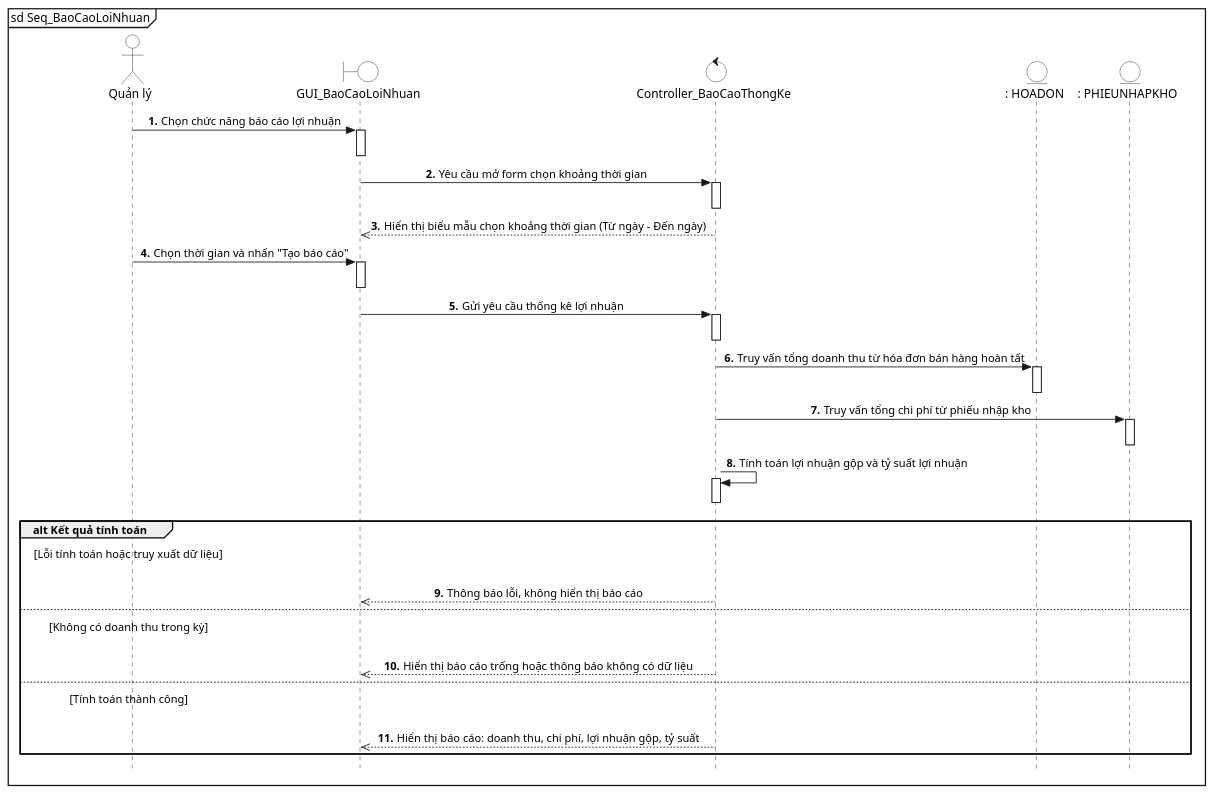
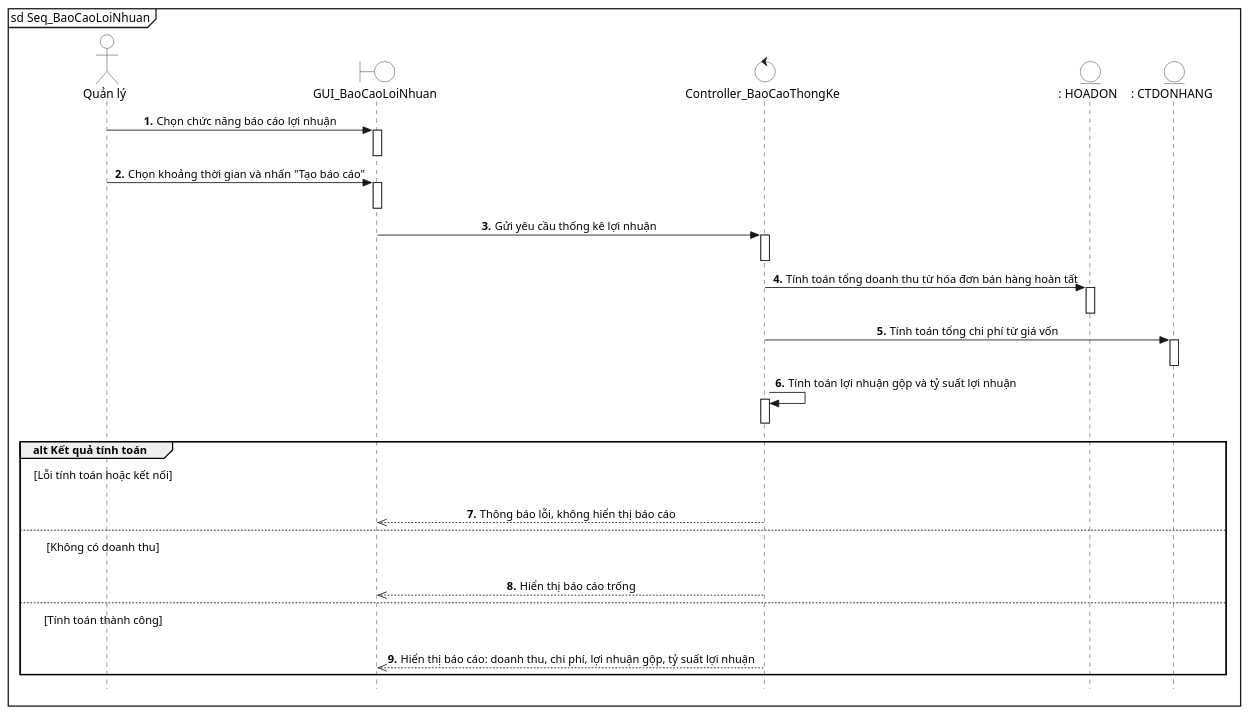
Before and after one commit to lancelotviendangkhoa710/IS-System-Development: the diagram in diagram/sq_Khang/50_BaoCaoLoiNhuan.puml, drawn with PlantUML. The commit also changed 4 other files, not shown here.

Commit message:
update: sequence baocaothongke, quanlythuchi

```diff
--- a/diagram/sq_Khang/50_BaoCaoLoiNhuan.puml
+++ b/diagram/sq_Khang/50_BaoCaoLoiNhuan.puml
@@ -1,66 +1,60 @@
 @startuml BaoCaoLoiNhuan
 mainframe sd Seq_BaoCaoLoiNhuan
 autonumber "<b>##."
 skinparam sequenceMessageAlign center
 skinparam style strictuml
 
     skinparam noteBackgroundColor transparent
     skinparam noteBorderColor transparent
 
 actor "Quản lý" as QL #White
 boundary "GUI_BaoCaoLoiNhuan" as UI #White
 control "Controller_BaoCaoThongKe" as SYS #White
 entity ": HOADON" as DB_HD #White
-entity ": PHIEUNHAPKHO" as DB_PNK #White
+entity ": CTDONHANG" as DB_CTDH #White
 
 QL -> UI: Chọn chức năng báo cáo lợi nhuận
 activate UI
 deactivate UI
 
-UI -> SYS: Yêu cầu mở form chọn khoảng thời gian
-activate SYS
-deactivate SYS
-
-SYS -->> UI: Hiển thị biểu mẫu chọn khoảng thời gian (Từ ngày - Đến ngày)
-
-QL -> UI: Chọn thời gian và nhấn "Tạo báo cáo"
+QL -> UI: Chọn khoảng thời gian và nhấn "Tạo báo cáo"
 activate UI
 deactivate UI
 
 UI -> SYS: Gửi yêu cầu thống kê lợi nhuận
 activate SYS
 deactivate SYS
 
-SYS -> DB_HD: Truy vấn tổng doanh thu từ hóa đơn bán hàng hoàn tất
+SYS -> DB_HD: Tính toán tổng doanh thu từ hóa đơn bán hàng hoàn tất
 activate DB_HD
 deactivate DB_HD
 
-SYS -> DB_PNK: Truy vấn tổng chi phí từ phiếu nhập kho
-activate DB_PNK
-deactivate DB_PNK
+SYS -> DB_CTDH: Tính toán tổng chi phí từ giá vốn
+activate DB_CTDH
+deactivate DB_CTDH
 
 SYS -> SYS: Tính toán lợi nhuận gộp và tỷ suất lợi nhuận
 activate SYS
 deactivate SYS
 
 group alt Kết quả tính toán
-    note over of QL: [Lỗi tính toán hoặc truy xuất dữ liệu]
+    note over QL: [Lỗi tính toán hoặc kết nối]
     autonumber stop
-    QL -[hidden]-> DB_PNK
+    QL -[hidden]-> DB_CTDH
     autonumber resume "<b>##."
     SYS -->> UI: Thông báo lỗi, không hiển thị báo cáo
 else 
-    note over of QL: [Không có doanh thu trong kỳ]
+    note over QL: [Không có doanh thu]
     autonumber stop
-    QL -[hidden]-> DB_PNK
+    QL -[hidden]-> DB_CTDH
     autonumber resume "<b>##."
-    SYS -->> UI: Hiển thị báo cáo trống hoặc thông báo không có dữ liệu
+    SYS -->> UI: Hiển thị báo cáo trống
 else 
-    note over of QL: [Tính toán thành công]
+    note over QL: [Tính toán thành công]
     autonumber stop
-    QL -[hidden]-> DB_PNK
+    QL -[hidden]-> DB_CTDH
     autonumber resume "<b>##."
-    SYS -->> UI: Hiển thị báo cáo: doanh thu, chi phí, lợi nhuận gộp, tỷ suất
+    SYS -->> UI: Hiển thị báo cáo: doanh thu, chi phí, lợi nhuận gộp, tỷ suất lợi nhuận
 end
 
 @enduml
```
